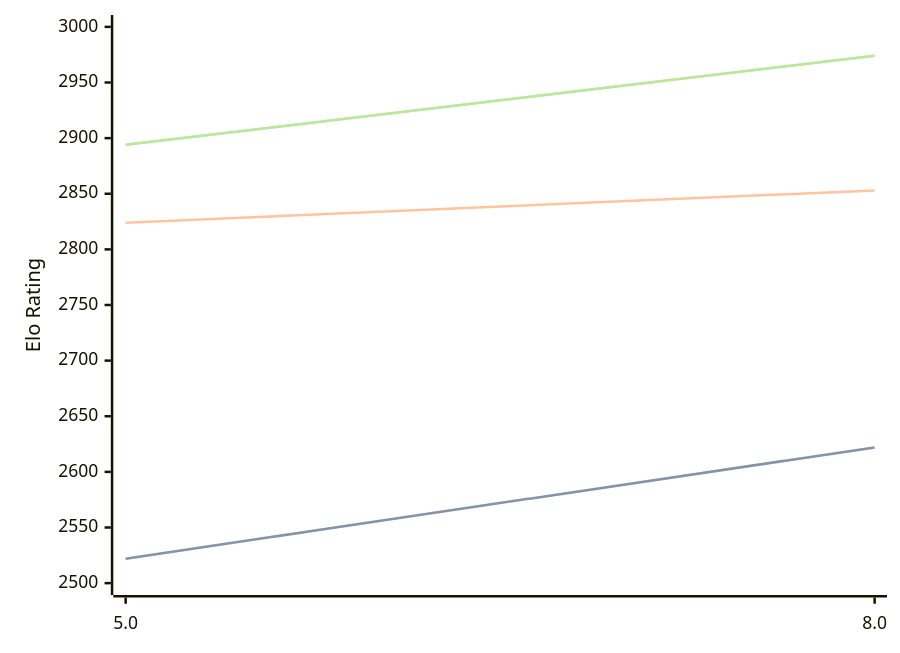
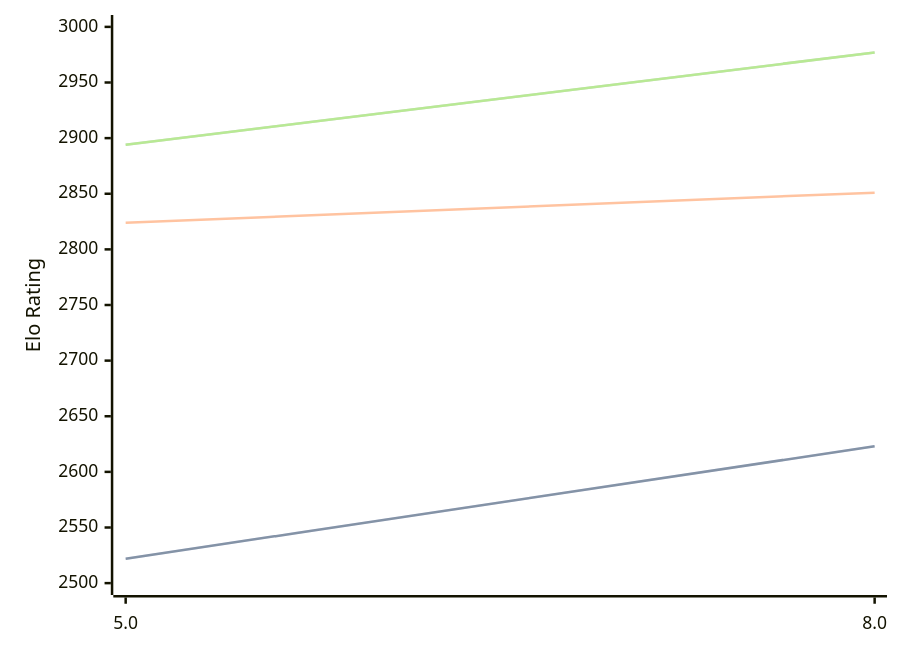
One commit to computer-chess-index/cci changed the diagram in engines/4kc.md. Above: the diagram before and after it, drawn with Mermaid. The commit also changed other lines of this file, not shown here.

Commit message:
Update CCI Ratings (ELO VLTC) - 2026-04-16

````diff
--- a/engines/4kc.md
+++ b/engines/4kc.md
@@ -41,11 +41,11 @@
 ```mermaid
 %%{init: {"theme":"base","themeVariables":{"seriesColors:['#a3a3a3','#222221','#faa371']}}}%%
 xychart-beta
   x-axis ["5.0", "8.0"]
   y-axis "Elo Rating" 2500 --> 3000
-  line "STC (8.0+0.08s)" [2522, 2622]
-  line "STC (8.0+0.08s)" [2522, 2622]
-  line "LTC (60.0+0.60s)" [2824, 2853]
-  line "VLTC (2m24s+1.12s)" [2894, 2974]
-  line "VLTC (2m24s+1.12s)" [2894, 2974]
+  line "STC (8.0+0.08s)" [2522, 2623]
+  line "STC (8.0+0.08s)" [2522, 2623]
+  line "LTC (60.0+0.60s)" [2824, 2851]
+  line "VLTC (2m24s+1.12s)" [2894, 2977]
+  line "VLTC (2m24s+1.12s)" [2894, 2977]
 ```
````
